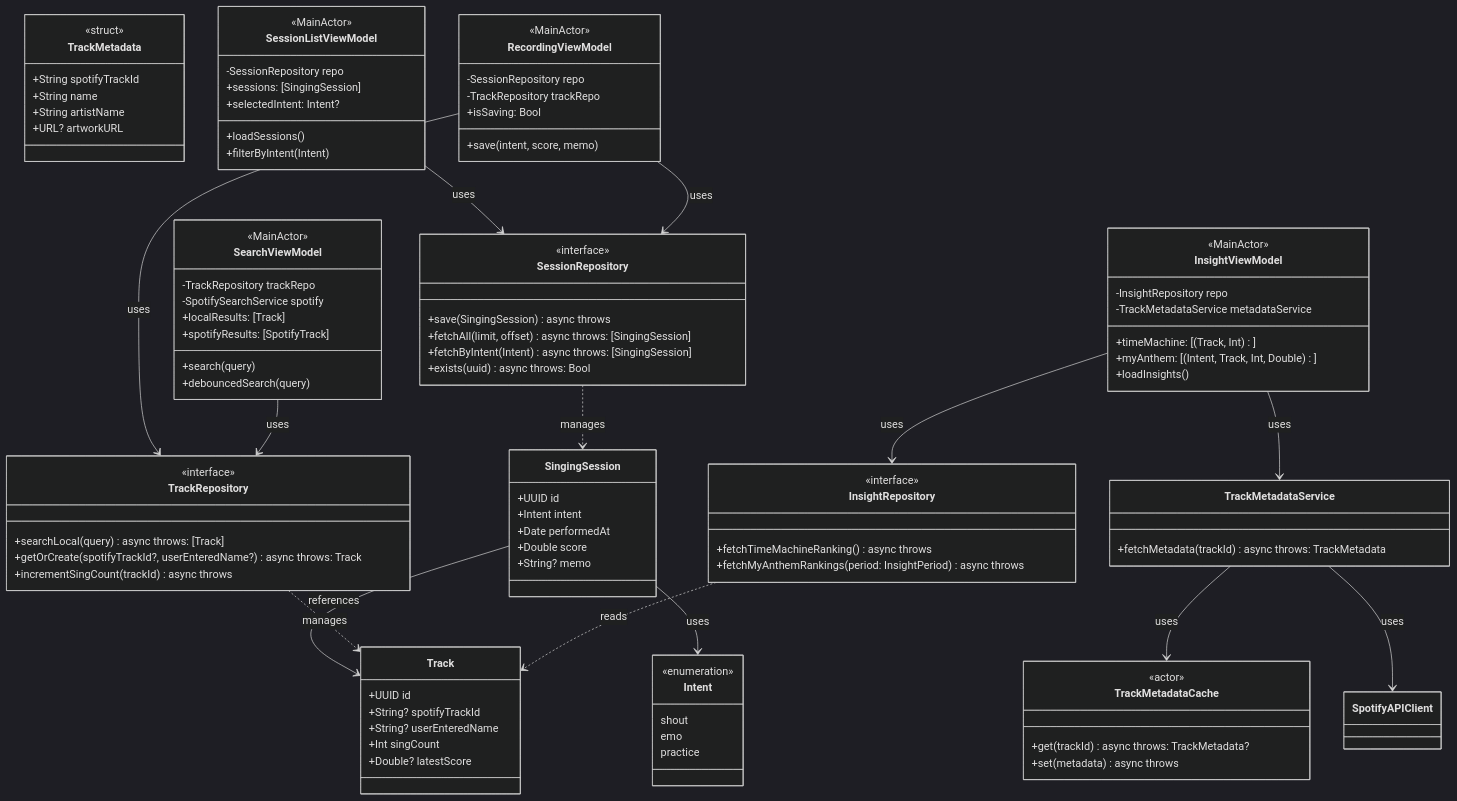
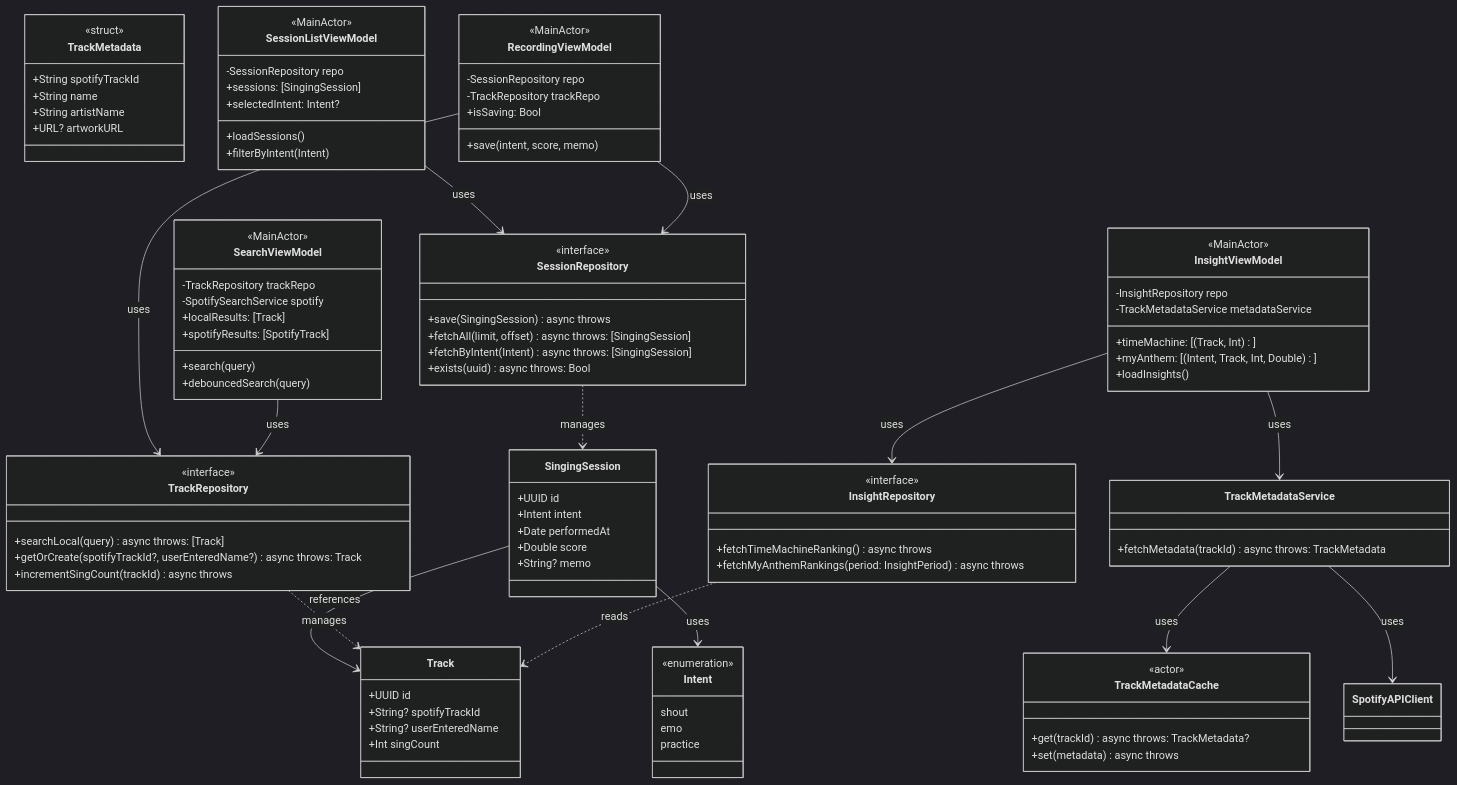
One commit to omomi-moti/Karaoke_support changed the fifth of 7 diagrams in docs/detailed_design.md. Above: the diagram before and after it, drawn with Mermaid (dark theme). The commit also changed other lines of this file and 5 other files, not shown here.

```diff
--- a/docs/detailed_design.md
+++ b/docs/detailed_design.md
@@ -146,7 +228,6 @@
         +String? spotifyTrackId
         +String? userEnteredName
         +Int singCount
-        +Double? latestScore
     }
 
     class TrackMetadata {
```
